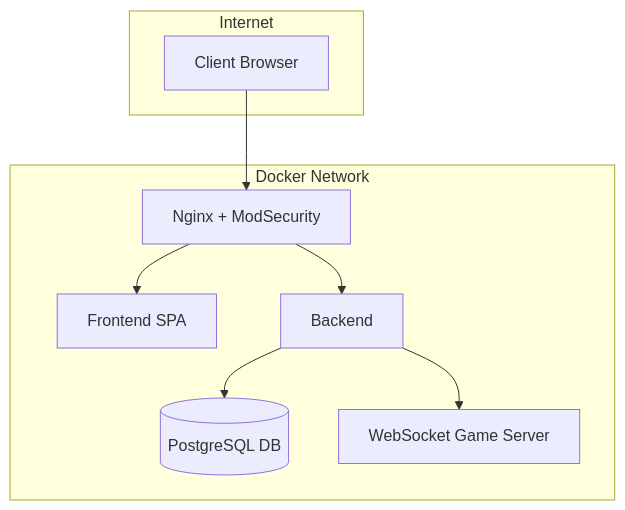
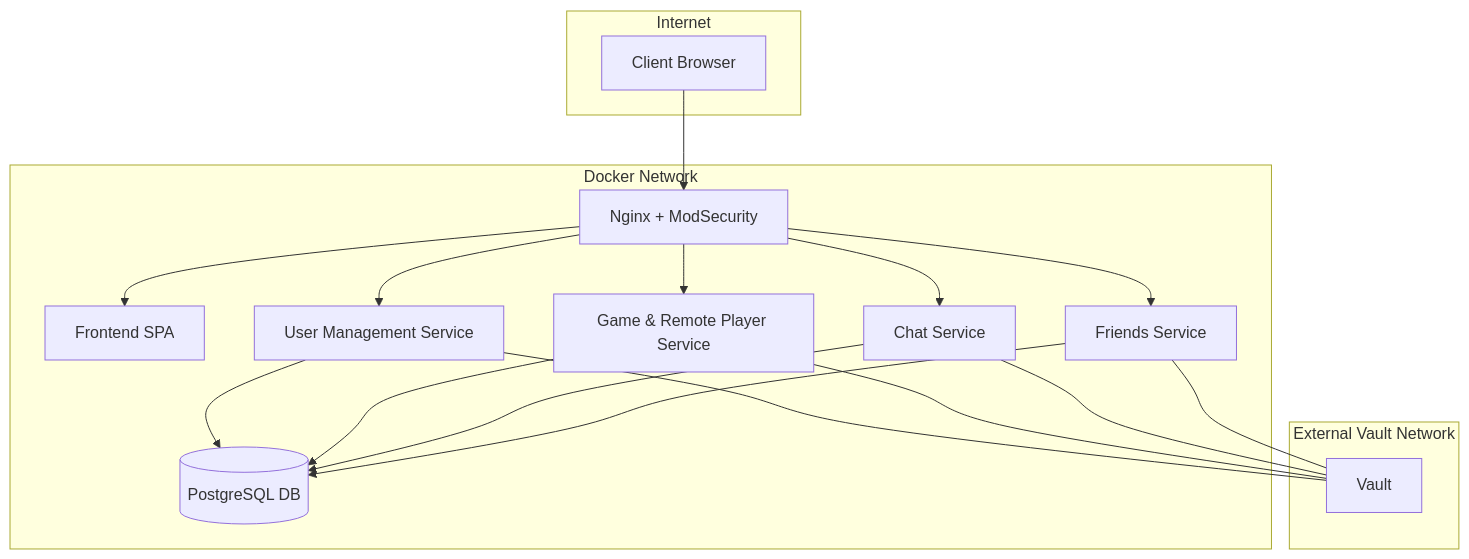
Before and after one commit to tissad-101010/ft_transcendence: the diagram in README.md, drawn with Mermaid. The commit also changed other lines of this file, not shown here.

First line of the commit message:
Enhance README with microservices and graphics details

````diff
--- a/README.md
+++ b/README.md
@@ -246,14 +288,41 @@
 ```mermaid
 graph TD
     subgraph Internet
         A[Client Browser]
     end
 
     subgraph Docker Network
-        A --> B[Nginx + ModSecurity]
-        B --> C[Frontend SPA]
-        B --> D[Backend]
-        D --> E[(PostgreSQL DB)]
-        D --> F[WebSocket Game Server]
+        B[Nginx + ModSecurity]
+        C[Frontend SPA]
+        D[User Management Service]
+        E[Game & Remote Player Service]
+        F[Chat Service]
+        G[Friends Service]
+        H[(PostgreSQL DB)]
     end
+
+    subgraph Vault Network [External Vault Network]
+        I[Vault]
+    end
+
+    %% Client requests
+    A --> B
+    B --> C
+    B --> D
+    B --> E
+    B --> F
+    B --> G
+
+    %% Backend services access DB
+    D --> H
+    E --> H
+    F --> H
+    G --> H
+
+    %% Backend services access Vault via external network
+    D --- I
+    E --- I
+    F --- I
+    G --- I
+
 ```
````
